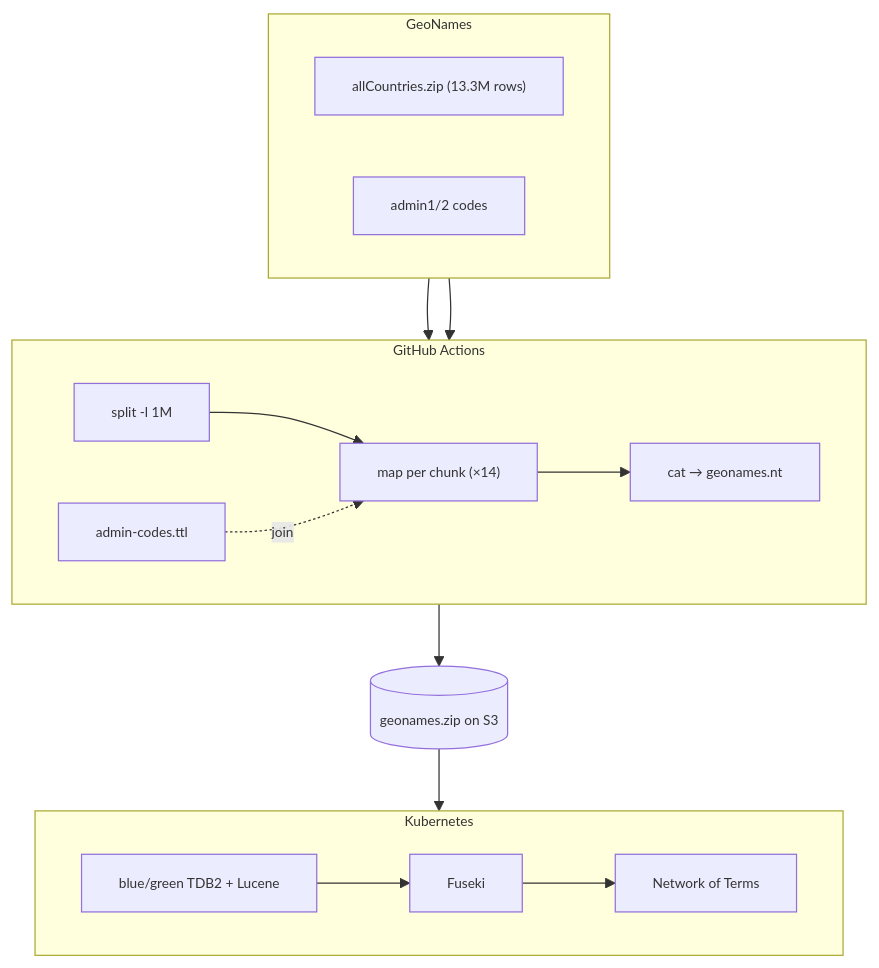
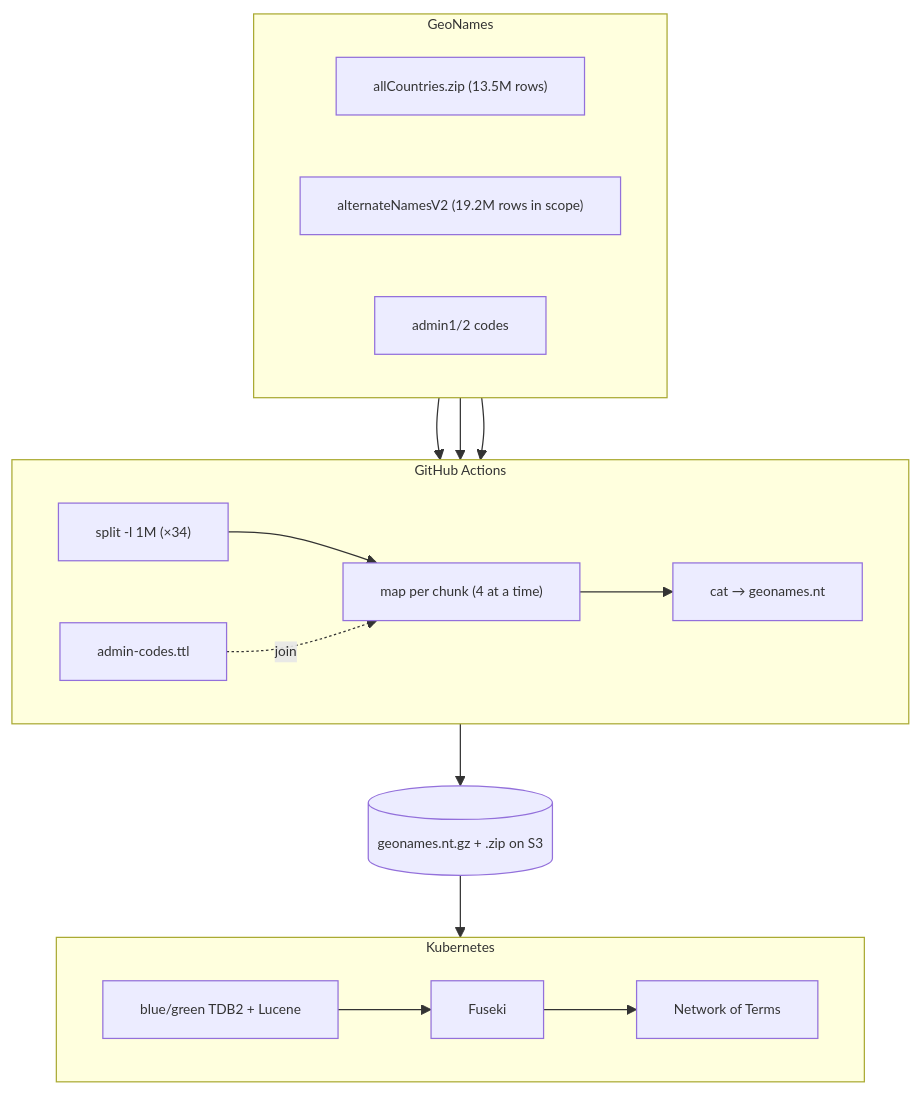
Before and after one commit to netwerk-digitaal-erfgoed/netwerk-digitaal-erfgoed.github.io: the second of 2 diagrams in blog/2026-06-25-geonames-linked-data.md, drawn with Mermaid. The commit also changed other lines of this file, not shown here.

Commit message:
docs(blog): show both chunk sets in the pipeline diagram
- add alternateNamesV2 as a second source feeding the split
- 34 chunks, four JVMs at a time, about 17 minutes of the run
- name both published artifacts on S3

````diff
--- a/blog/2026-06-25-geonames-linked-data.md
+++ b/blog/2026-06-25-geonames-linked-data.md
@@ -150,22 +150,24 @@
 ```mermaid
 %%{init: {'themeVariables': {'fontSize': '11px'}}}%%
 flowchart TD
   subgraph GN["GeoNames"]
     direction LR
-    A["allCountries.zip (13.3M rows)"]
+    A["allCountries.zip (13.5M rows)"]
+    AN["alternateNamesV2 (19.2M rows in scope)"]
     AS["admin1/2 codes"]
   end
   subgraph GHA["GitHub Actions"]
     direction LR
-    B["split -l 1M"] --> M["map per chunk (×14)"] --> N["cat → geonames.nt"]
+    B["split -l 1M (×34)"] --> M["map per chunk (4 at a time)"] --> N["cat → geonames.nt"]
     AC["admin-codes.ttl"] -.->|join| M
   end
   subgraph K8S["Kubernetes"]
     direction LR
     D["blue/green TDB2 + Lucene"] --> E["Fuseki"] --> F["Network of Terms"]
   end
   A --> B
+  AN --> B
   AS --> AC
-  N --> C[("geonames.zip on S3")]
+  N --> C[("geonames.nt.gz + .zip on S3")]
   C --> D
 ```
````
